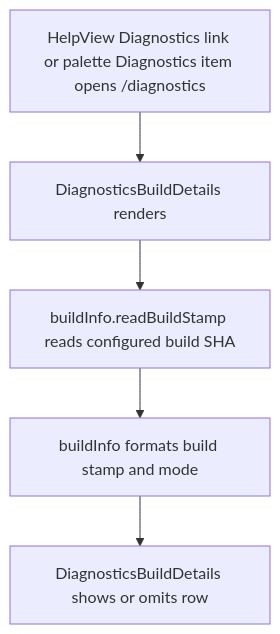
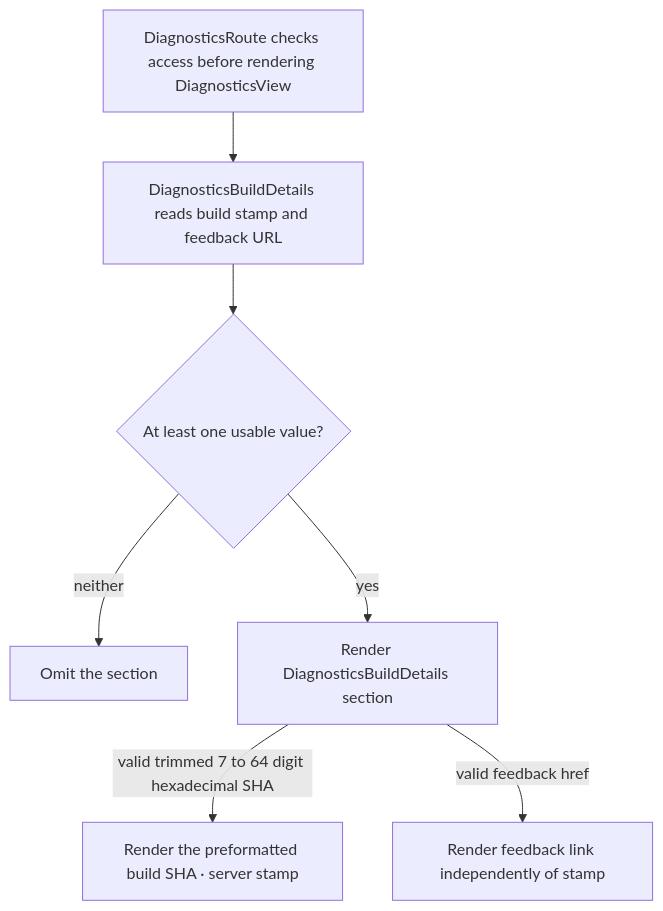
Before and after one commit to Kevinjohn/capacitylens: the second of 2 diagrams in user-stories/settings/US-SET-03-build-stamp.md, drawn with Mermaid. The commit also changed other lines of this file and 172 other files, not shown here.

Commit message:
docs: reconcile user story code flows with source

````diff
--- a/user-stories/settings/US-SET-03-build-stamp.md
+++ b/user-stories/settings/US-SET-03-build-stamp.md
@@ -26,6 +26,9 @@
 ```mermaid
 flowchart TD
-  entry["HelpView Diagnostics link or palette Diagnostics item opens /diagnostics"] --> view["DiagnosticsBuildDetails renders"] --> info["buildInfo.readBuildStamp reads configured build SHA"]
-  info --> stamp["buildInfo formats build stamp and mode"]
-  stamp --> row["DiagnosticsBuildDetails shows or omits row"]
+  route["DiagnosticsRoute checks access before rendering DiagnosticsView"] --> view["DiagnosticsBuildDetails reads build stamp and feedback URL"]
+  view --> checks{"At least one usable value?"}
+  checks -->|neither| omitted["Omit the section"]
+  checks -->|yes| section["Render DiagnosticsBuildDetails section"]
+  section -->|valid trimmed 7 to 64 digit hexadecimal SHA| display["Render the preformatted build SHA · server stamp"]
+  section -->|valid feedback href| feedback["Render feedback link independently of stamp"]
 ```
````
